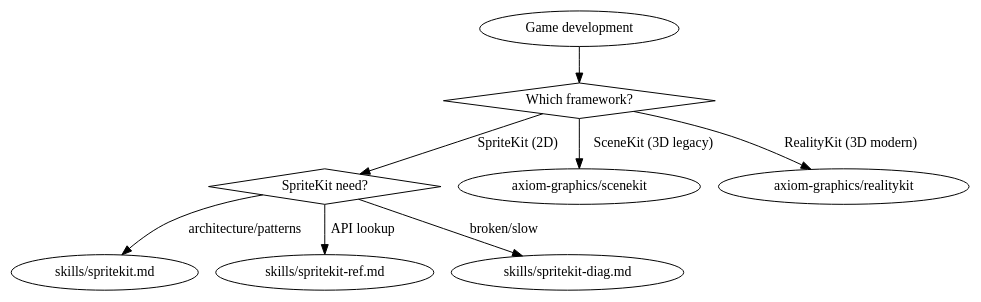
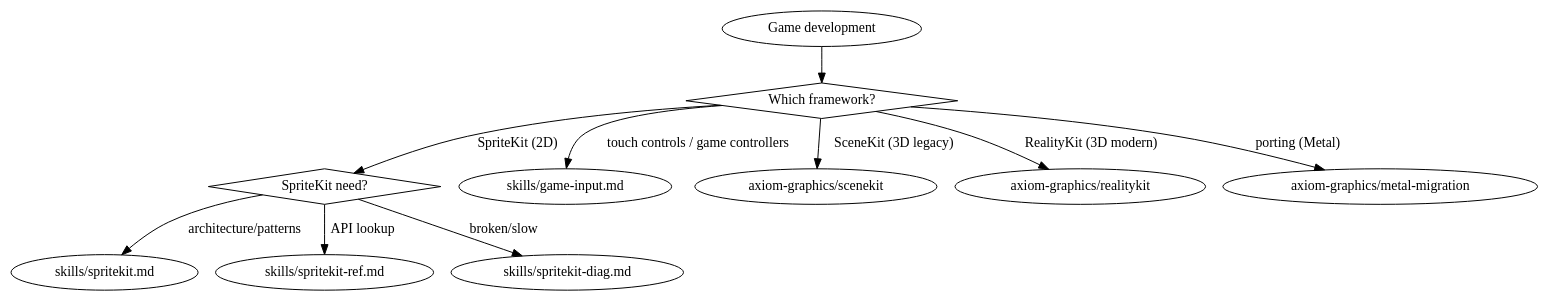
The diagram in .claude-plugin/plugins/axiom/skills/axiom-games/SKILL.md (CharlesWiltgen/Axiom), drawn with Graphviz before and after one commit. The commit also changed other lines of this file and 2 other files, not shown here.

First line of the commit message:
feat(skills): OS27 games — GameController 27 surface + new game-input sub-skill

````diff
--- a/.claude-plugin/plugins/axiom/skills/axiom-games/SKILL.md
+++ b/.claude-plugin/plugins/axiom/skills/axiom-games/SKILL.md
@@ -46,16 +62,18 @@
 ```dot
 digraph games {
     start [label="Game development" shape=ellipse];
     what [label="Which framework?" shape=diamond];
     sprite_what [label="SpriteKit need?" shape=diamond];
 
     start -> what;
     what -> sprite_what [label="SpriteKit (2D)"];
+    what -> "skills/game-input.md" [label="touch controls / game controllers"];
     what -> "axiom-graphics/scenekit" [label="SceneKit (3D legacy)"];
     what -> "axiom-graphics/realitykit" [label="RealityKit (3D modern)"];
+    what -> "axiom-graphics/metal-migration" [label="porting (Metal)"];
 
     sprite_what -> "skills/spritekit.md" [label="architecture/patterns"];
     sprite_what -> "skills/spritekit-ref.md" [label="API lookup"];
     sprite_what -> "skills/spritekit-diag.md" [label="broken/slow"];
 }
 ```
````
